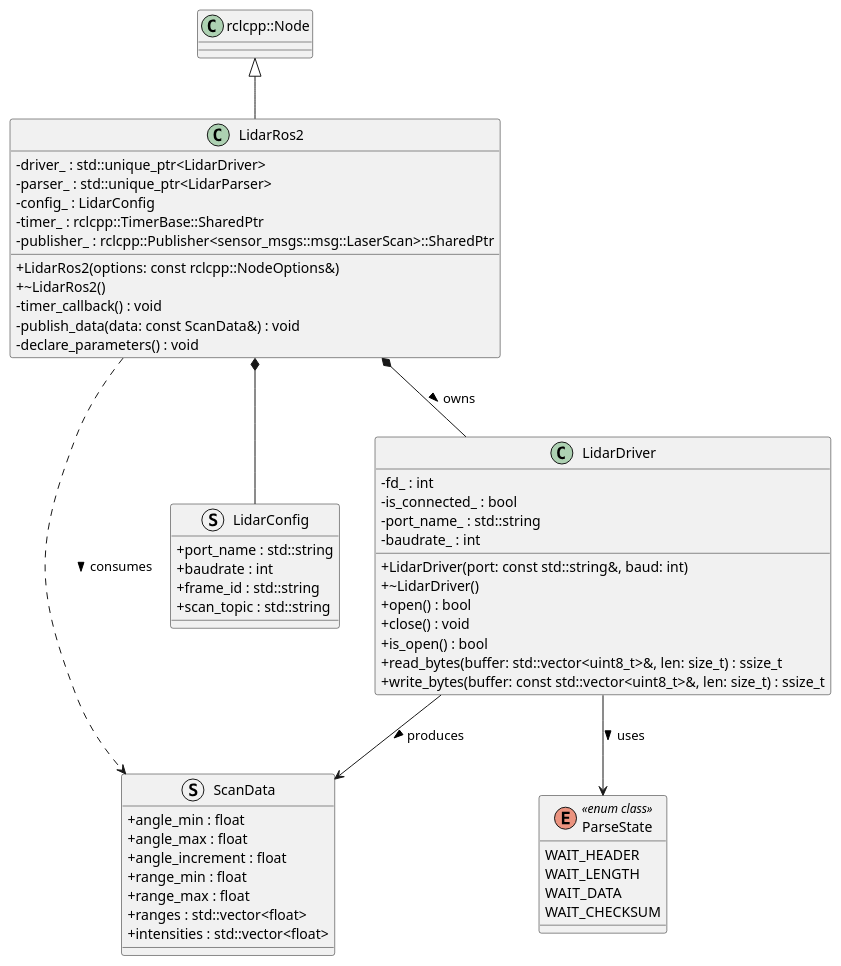
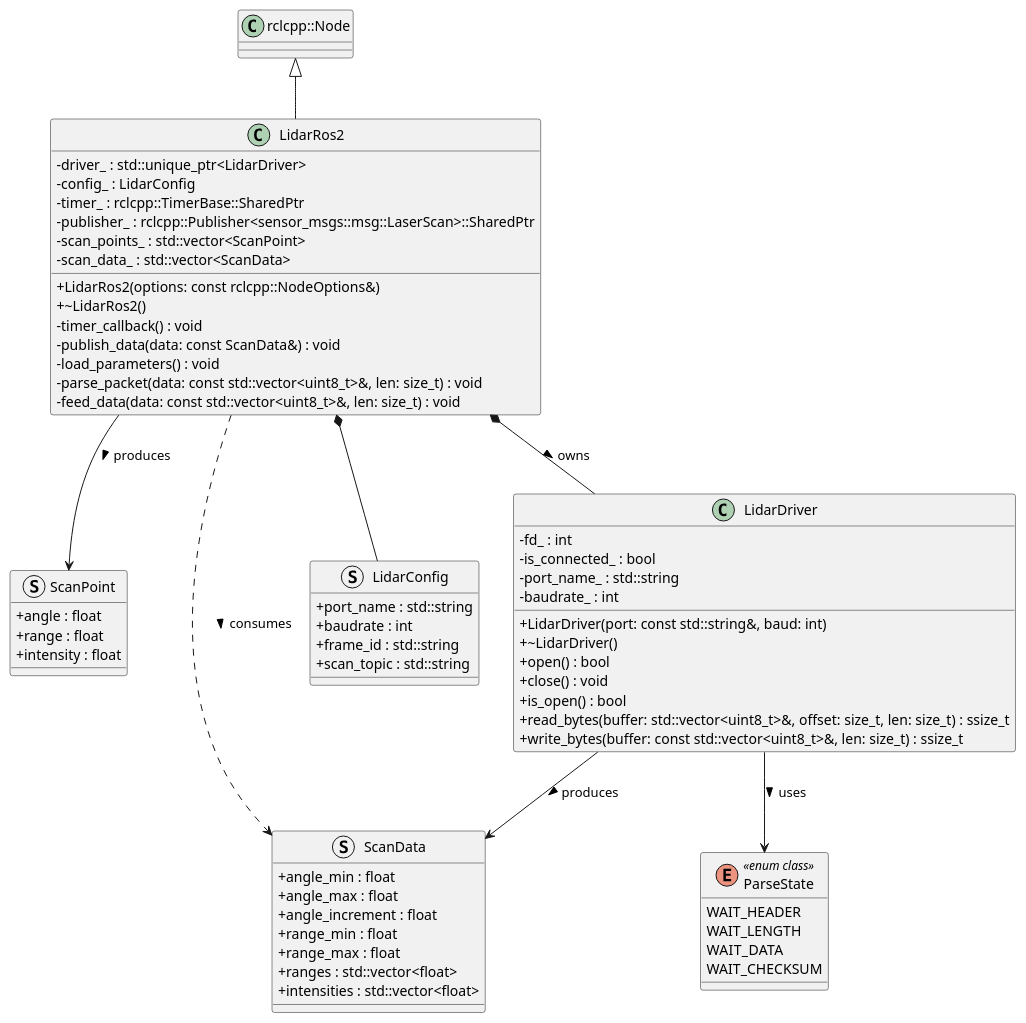
One commit to ngthanhvinh1996/ROS2 changed the diagram in ros2_ws/src/lidar/design/lidar_class.puml. Above: the diagram before and after it, drawn with PlantUML. The commit also changed 14 other files, not shown here.

```diff
--- a/ros2_ws/src/lidar/design/lidar_class.puml
+++ b/ros2_ws/src/lidar/design/lidar_class.puml
@@ -1,70 +1,80 @@
 @startuml
 skinparam classAttributeIconSize 0
 
 enum ParseState <<enum class>> {
   WAIT_HEADER
   WAIT_LENGTH
   WAIT_DATA
   WAIT_CHECKSUM
+}
+
+struct ScanPoint {
+  + angle : float
+  + range : float
+  + intensity : float
 }
 
 struct ScanData {
   + angle_min : float
   + angle_max : float
   + angle_increment : float
   + range_min : float
   + range_max : float
   + ranges : std::vector<float>
   + intensities : std::vector<float>
 }
 
 struct LidarConfig {
   + port_name : std::string
   + baudrate : int
   + frame_id : std::string
   + scan_topic : std::string
 }
 
 class LidarDriver {
   - fd_ : int
   - is_connected_ : bool
   - port_name_ : std::string
   - baudrate_ : int
 
   + LidarDriver(port: const std::string&, baud: int)
   + ~LidarDriver()
   + open() : bool
   + close() : void
   + is_open() : bool
-  + read_bytes(buffer: std::vector<uint8_t>&, len: size_t) : ssize_t
+  + read_bytes(buffer: std::vector<uint8_t>&, offset: size_t, len: size_t) : ssize_t
   + write_bytes(buffer: const std::vector<uint8_t>&, len: size_t) : ssize_t
 }
 
 class "rclcpp::Node" as Node {
 }
 
 class LidarRos2 {
   - driver_ : std::unique_ptr<LidarDriver>
-  - parser_ : std::unique_ptr<LidarParser>
   - config_ : LidarConfig
   - timer_ : rclcpp::TimerBase::SharedPtr
   - publisher_ : rclcpp::Publisher<sensor_msgs::msg::LaserScan>::SharedPtr
+  - scan_points_ : std::vector<ScanPoint>
+  - scan_data_ : std::vector<ScanData>
 
   + LidarRos2(options: const rclcpp::NodeOptions&)
   + ~LidarRos2()
   - timer_callback() : void
   - publish_data(data: const ScanData&) : void
-  - declare_parameters() : void
+  - load_parameters() : void
+  - parse_packet(data: const std::vector<uint8_t>&, len: size_t) : void
+  - feed_data(data: const std::vector<uint8_t>&, len: size_t) : void
 }
 
 Node <|-- LidarRos2
 
 LidarRos2 *-- LidarDriver : "owns >"
 LidarRos2 *-- LidarConfig
 
 LidarDriver --> ScanData : "produces >"
 LidarDriver --> ParseState : "uses >"
+LidarRos2 --> ScanPoint : "produces >"
 
 LidarRos2 ..> ScanData : "consumes >"
 
 @enduml
```
